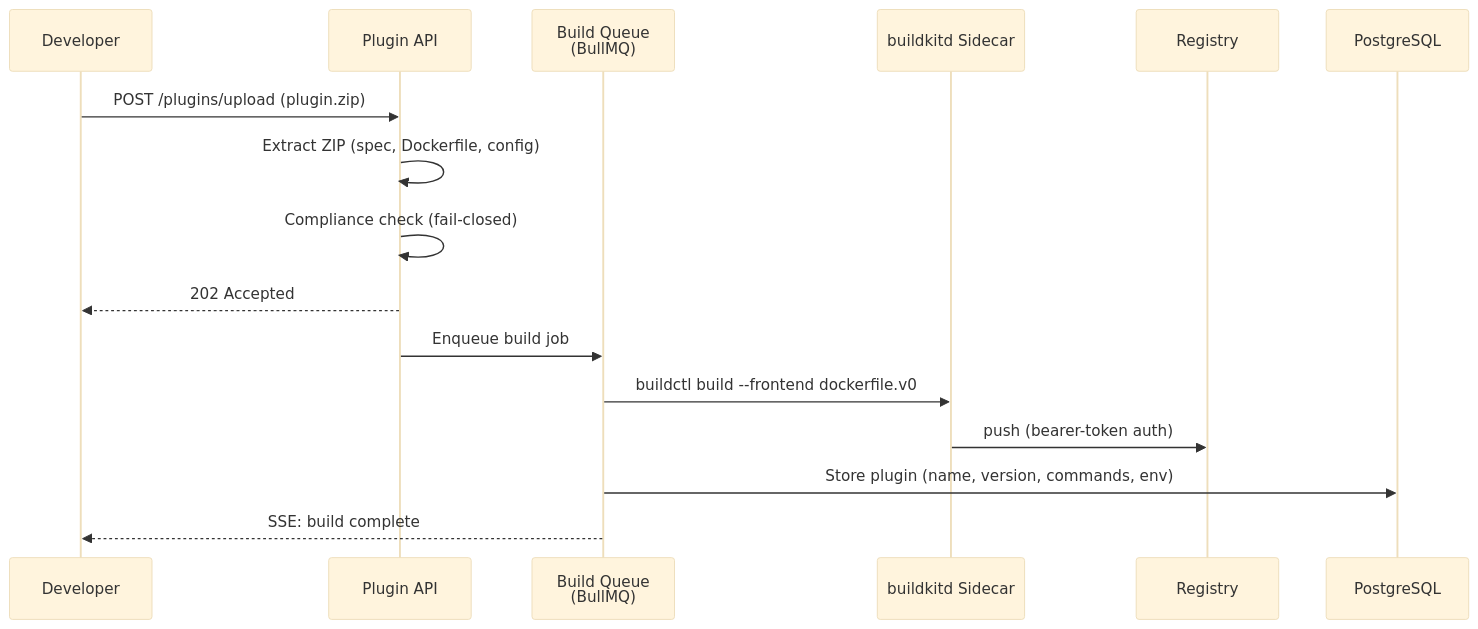
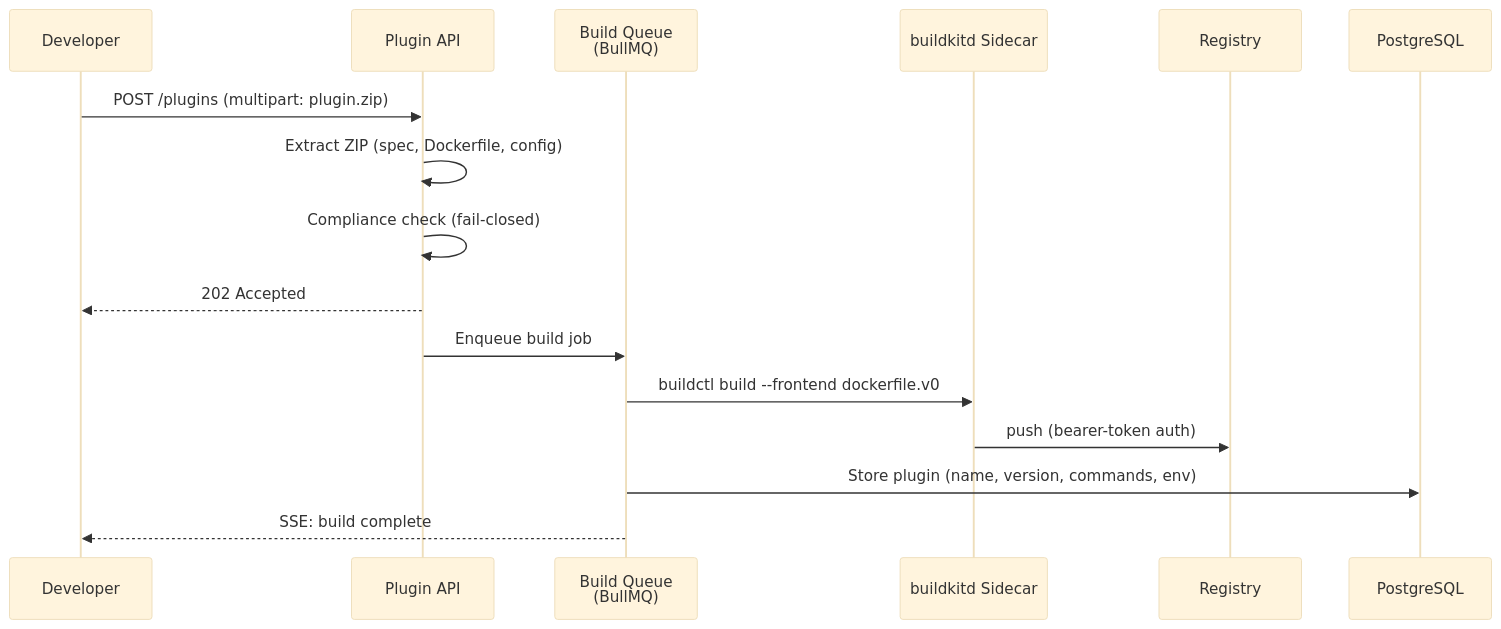
Before and after one commit to mwashburn160/pipeline-builder: the second of 10 diagrams in docs/architecture-flow.md, drawn with Mermaid (base theme). The commit also changed other lines of this file and 42 other files, not shown here.

````diff
--- a/docs/architecture-flow.md
+++ b/docs/architecture-flow.md
@@ -59,21 +62,21 @@
 ```mermaid
 sequenceDiagram
     participant Dev as Developer
     participant API as Plugin API
     participant Queue as Build Queue<br/>(BullMQ)
     participant BK as buildkitd Sidecar
     participant Reg as Registry
     participant DB as PostgreSQL
 
-    Dev->>API: POST /plugins/upload (plugin.zip)
+    Dev->>API: POST /plugins (multipart: plugin.zip)
     API->>API: Extract ZIP (spec, Dockerfile, config)
     API->>API: Compliance check (fail-closed)
     API-->>Dev: 202 Accepted
 
     API->>Queue: Enqueue build job
 
     Queue->>BK: buildctl build --frontend dockerfile.v0
     BK->>Reg: push (bearer-token auth)
     Queue->>DB: Store plugin (name, version, commands, env)
     Queue-->>Dev: SSE: build complete
 ```
````
